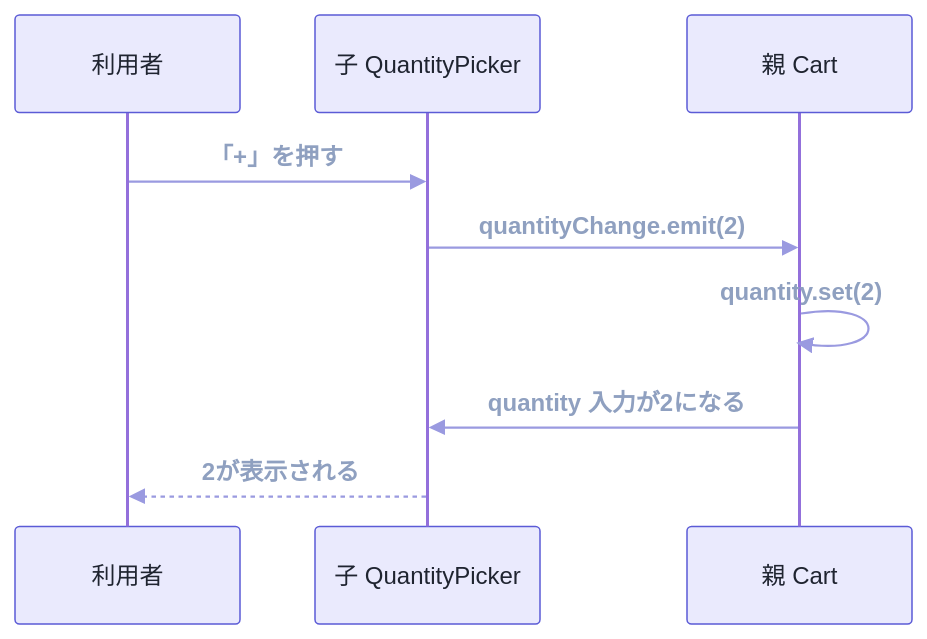
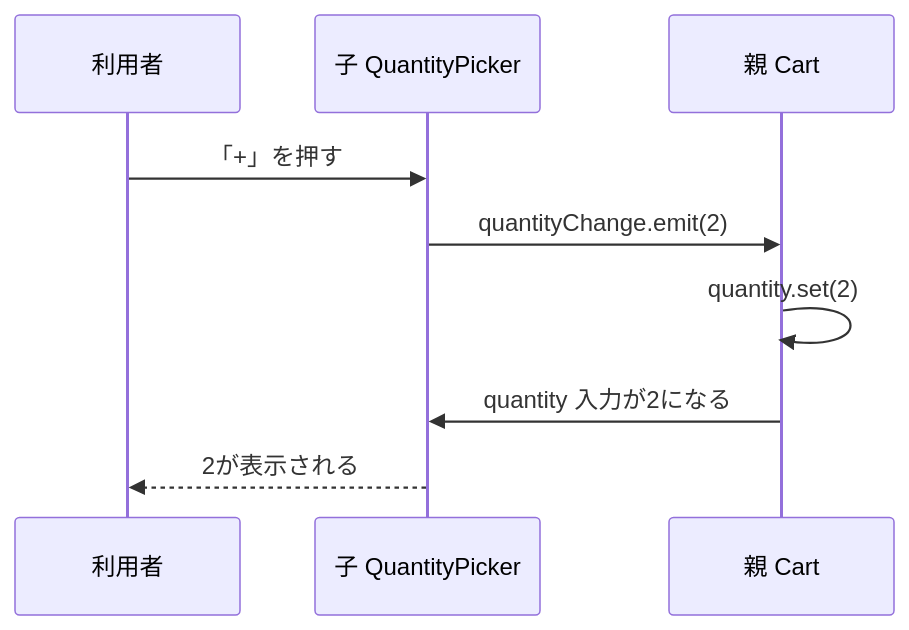
One commit to nagahara-naoki/zenn changed the second of 3 diagrams in articles/9b2e57a1c48d3f.md. Above: the diagram before and after it, drawn with Mermaid. The commit also changed other lines of this file, not shown here.

````diff
--- a/articles/9b2e57a1c48d3f.md
+++ b/articles/9b2e57a1c48d3f.md
@@ -271,12 +270,11 @@
 ```mermaid
-%%{init: {'sequence': {'messageFontWeight': 'bold', 'messageFontSize': 15}, 'themeVariables': {'actorBkg': '#eaeafd', 'actorBorder': '#5b5bd6', 'actorTextColor': '#1f2430', 'signalColor': '#9a9ae0', 'signalTextColor': '#8fa0c0', 'labelBoxBkgColor': '#eaeafd', 'labelTextColor': '#1f2430', 'noteBkgColor': '#eaeafd', 'noteTextColor': '#1f2430', 'noteBorderColor': '#5b5bd6'}}}%%
 sequenceDiagram
   participant U as 利用者
   participant C as 子 QuantityPicker
   participant P as 親 Cart
   U->>C: 「+」を押す
   C->>P: quantityChange.emit(2)
   P->>P: quantity.set(2)
   P->>C: quantity 入力が2になる
   C-->>U: 2が表示される
 ```
````
